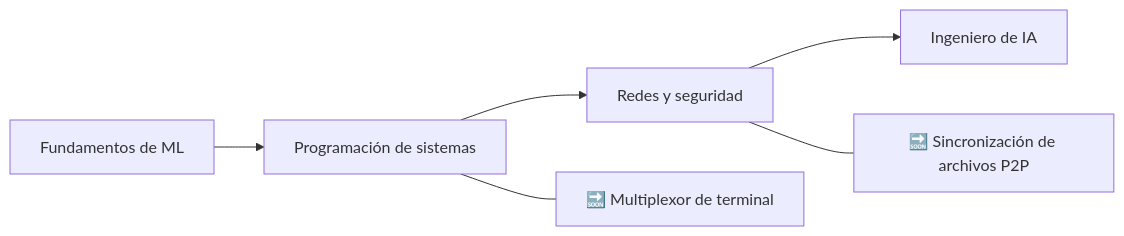
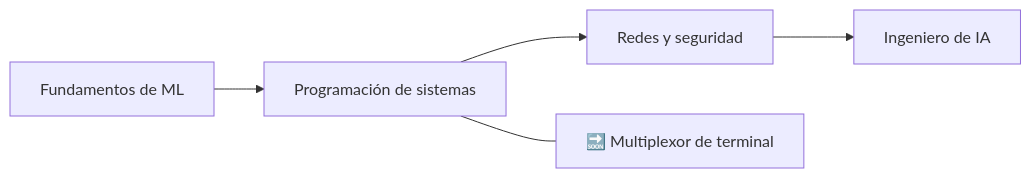
Before and after one commit to zuroking/zuroking: the diagram in README_es.md, drawn with Mermaid. The commit also changed other lines of this file, not shown here.

````diff
--- a/README_es.md
+++ b/README_es.md
@@ -101,9 +102,8 @@
 ```mermaid
 flowchart LR
     A[Fundamentos de ML] --> B[Programación de sistemas]
     B --> C[Redes y seguridad]
     C --> D[Ingeniero de IA]
 
     B --- B1[🔜 Multiplexor de terminal]
-    C --- C2[🔜 Sincronización de archivos P2P]
 ```
````
